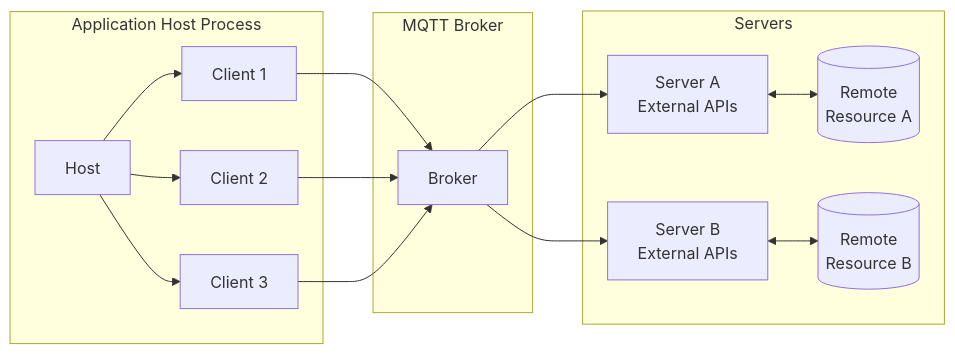
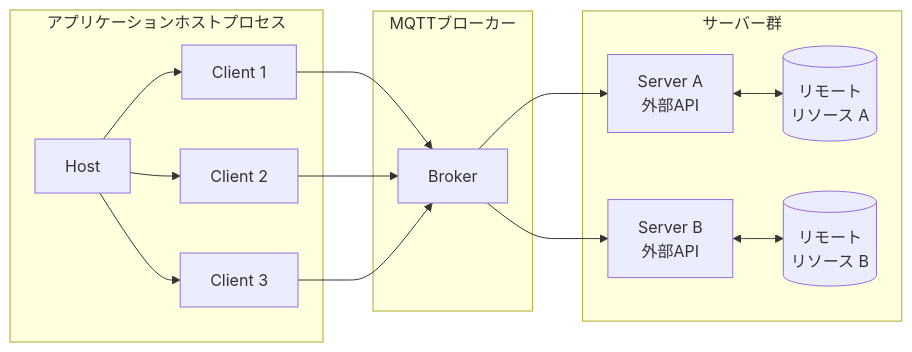
One commit to emqx/emqx-docs changed the first of 2 diagrams in ja_JP/emqx-ai/mcp-over-mqtt/architecture.md. Above: the diagram before and after it, drawn with Mermaid. The commit also changed other lines of this file and 385 other files, not shown here.

````diff
--- a/ja_JP/emqx-ai/mcp-over-mqtt/architecture.md
+++ b/ja_JP/emqx-ai/mcp-over-mqtt/architecture.md
@@ -11,33 +11,33 @@
 ```mermaid
 graph LR
-    subgraph "Application Host Process"
+    subgraph "アプリケーションホストプロセス"
         H[Host]
         C1[Client 1]
         C2[Client 2]
         C3[Client 3]
         H --> C1
         H --> C2
         H --> C3
     end
 
-    subgraph "MQTT Broker"
+    subgraph "MQTTブローカー"
         B[Broker]
         C1 --> B
         C2 --> B
         C3 --> B
     end
 
-    subgraph "Servers"
-        S1[Server A<br>External APIs]
-        R1[("Remote<br>Resource A")]
+    subgraph "サーバー群"
+        S1[Server A<br>外部API]
+        R1[("リモート<br>リソース A")]
         B --> S1
         S1 <--> R1
     end
 
-    subgraph "Servers"
-        S2[Server B<br>External APIs]
-        R2[("Remote<br>Resource B")]
+    subgraph "サーバー群"
+        S2[Server B<br>外部API]
+        R2[("リモート<br>リソース B")]
         B --> S2
         S2 <--> R2
     end
 ```
````
